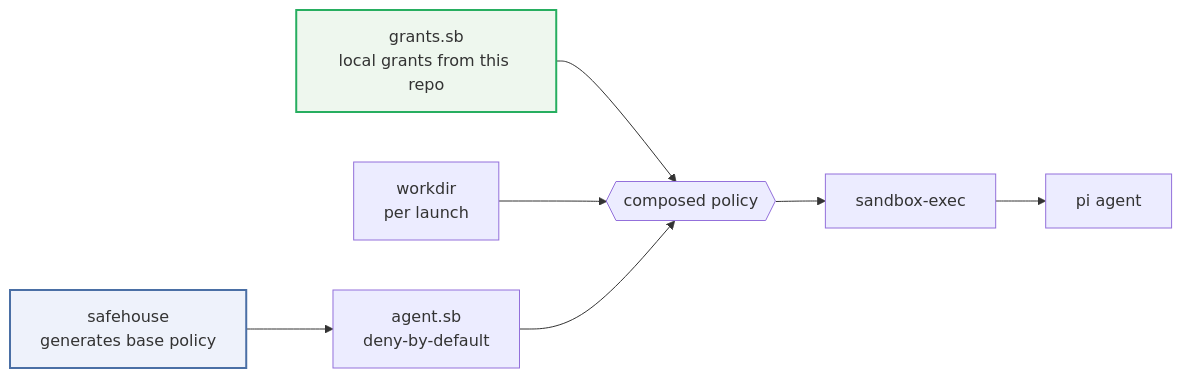
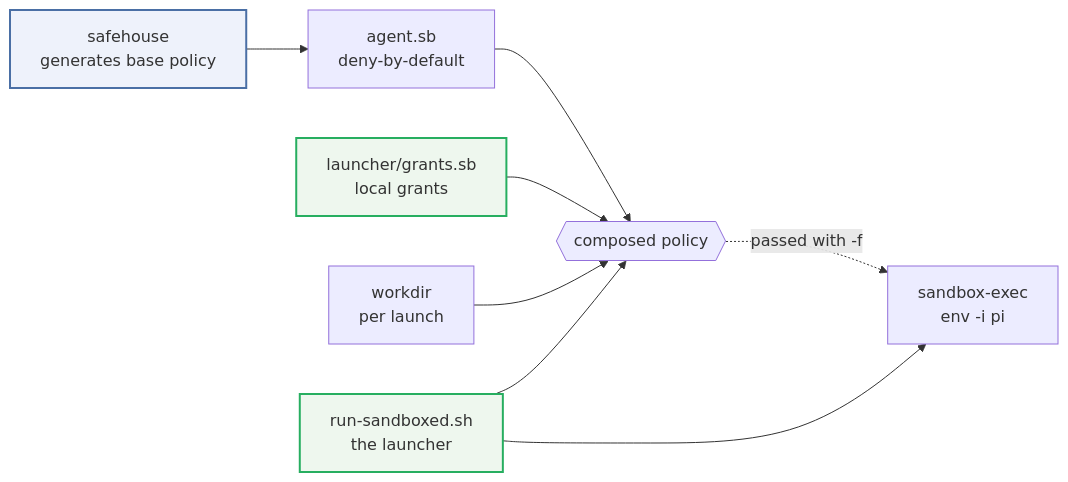
One commit to sven1103-agent/pi-sandbox-hardening changed the second of 2 diagrams in README.md. Above: the diagram before and after it, drawn with Mermaid. The commit also changed other lines of this file and 3 other files, not shown here.

````diff
--- a/README.md
+++ b/README.md
@@ -48,11 +49,13 @@
 ```mermaid
 flowchart LR
   SH["safehouse<br/>generates base policy"] --> B["agent.sb<br/>deny-by-default"]
-  GR["grants.sb<br/>local grants from this repo"] --> D{{"composed policy"}}
+  B --> D{{"composed policy"}}
+  GR["launcher/grants.sb<br/>local grants"] --> D
   WD["workdir<br/>per launch"] --> D
-  B --> D
-  D --> SE["sandbox-exec"]
-  SE --> PI["pi agent"]
+  LR["run-sandboxed.sh<br/>the launcher"] --> D
+  LR --> SE["sandbox-exec<br/>env -i pi"]
+  D -. "passed with -f" .-> SE
   style SH fill:#eef2fb,stroke:#4a6fa5,stroke-width:2px
   style GR fill:#eef7ee,stroke:#27ae60,stroke-width:2px
+  style LR fill:#eef7ee,stroke:#27ae60,stroke-width:2px
 ```
````
